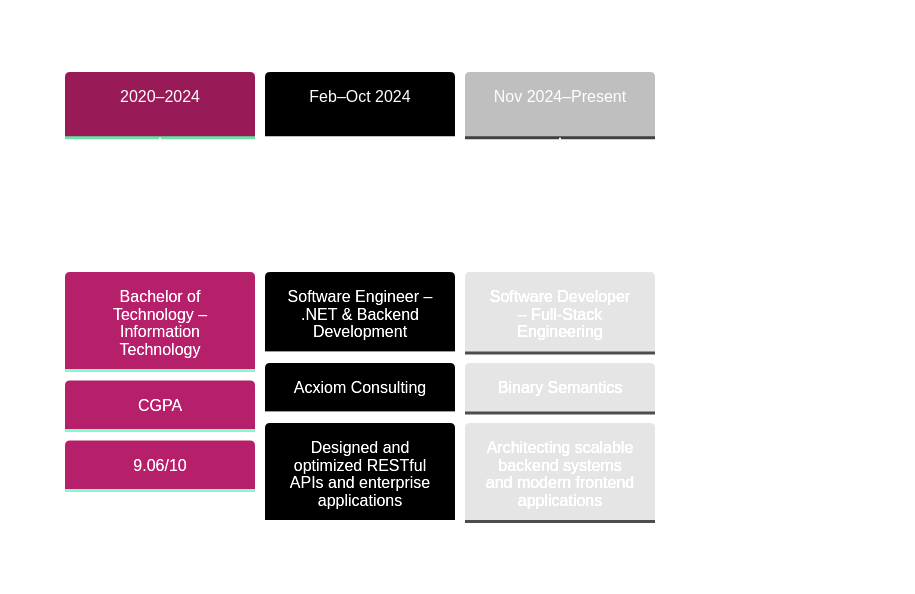
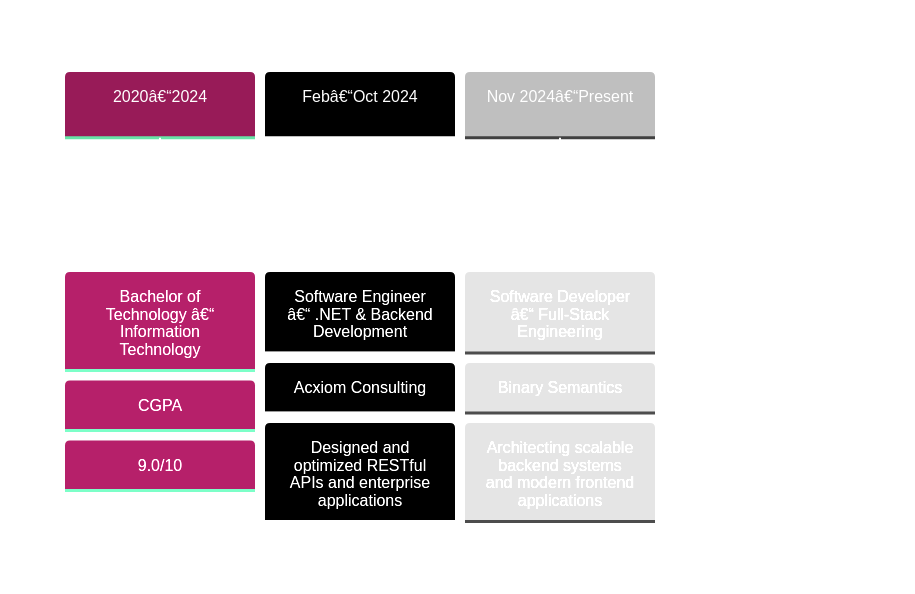
The diagram in README.md (AlienAlien369/AlienAlien369), drawn with Mermaid before and after one commit. The commit also changed other lines of this file, not shown here.

Commit message:
Update profile: fix location to Gurugram, portfolio URL, CGPA, add Docker badge

````diff
--- a/README.md
+++ b/README.md
@@ -215,23 +216,23 @@
 ```mermaid
 %%{init: {'theme':'base', 'themeVariables': { 
   'primaryColor': '#e05397',
   'primaryTextColor': '#fff',
   'primaryBorderColor': '#7C0200',
   'lineColor': '#F8B229',
   'secondaryColor': '#006100',
   'tertiaryColor': '#fff',
   'fontFamily': 'Fira Code'
 }}}%%
 timeline
     title Career Progression
-    2020–2024  : Bachelor of Technology – Information Technology
-              : CGPA: 9.06/10
+    2020â€“2024  : Bachelor of Technology â€“ Information Technology
+              : CGPA: 9.0/10
 
-    Feb–Oct 2024  : Software Engineer – .NET & Backend Development
+    Febâ€“Oct 2024  : Software Engineer â€“ .NET & Backend Development
                   : Acxiom Consulting
                   : Designed and optimized RESTful APIs and enterprise applications
 
-    Nov 2024–Present : Software Developer – Full-Stack Engineering
+    Nov 2024â€“Present : Software Developer â€“ Full-Stack Engineering
                     : Binary Semantics
                     : Architecting scalable backend systems and modern frontend applications
 ```
````
